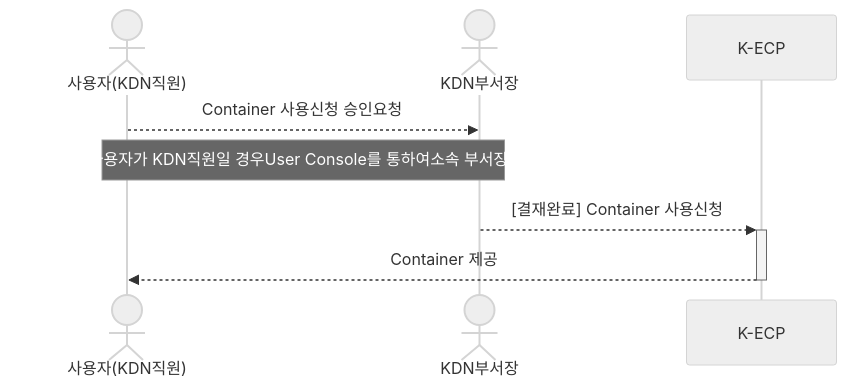
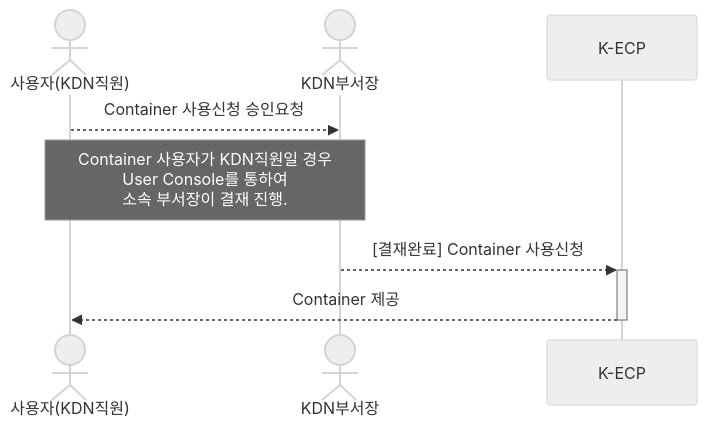
The first of 2 diagrams in mdfiles/Container_started.md (KDN-ECP/guidebooks), drawn with Mermaid (neutral theme) before and after one commit. The commit also changed other lines of this file, not shown here.

````diff
--- a/mdfiles/Container_started.md
+++ b/mdfiles/Container_started.md
@@ -45,9 +45,9 @@
 ```mermaid
 sequenceDiagram
   actor 사용자(KDN직원)
   actor KDN부서장
   사용자(KDN직원) -->> KDN부서장: Container 사용신청 승인요청
-  Note over 사용자(KDN직원), KDN부서장: Container 사용자가 KDN직원일 경우User Console를 통하여소속 부서장이 결재 진행.
+  Note over 사용자(KDN직원), KDN부서장: Container 사용자가 KDN직원일 경우<br/>User Console를 통하여<br/>소속 부서장이 결재 진행.
   KDN부서장 -->>+ K-ECP: [결재완료] Container 사용신청
   K-ECP -->>- 사용자(KDN직원): Container 제공
 ```
````
